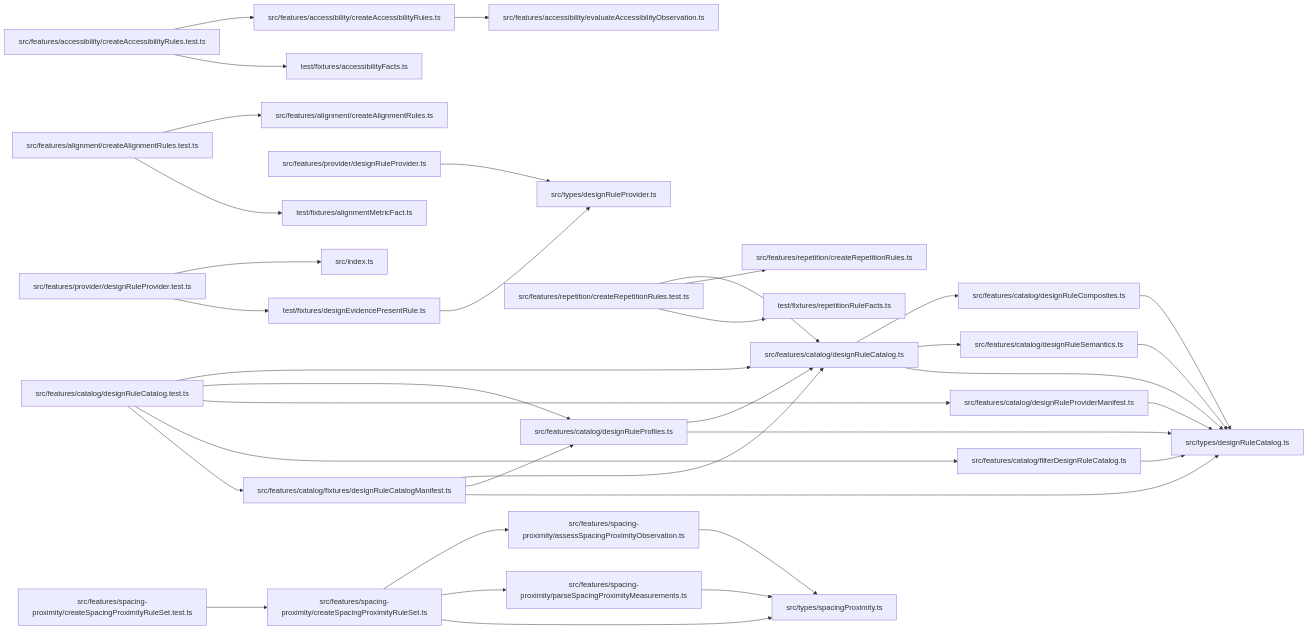
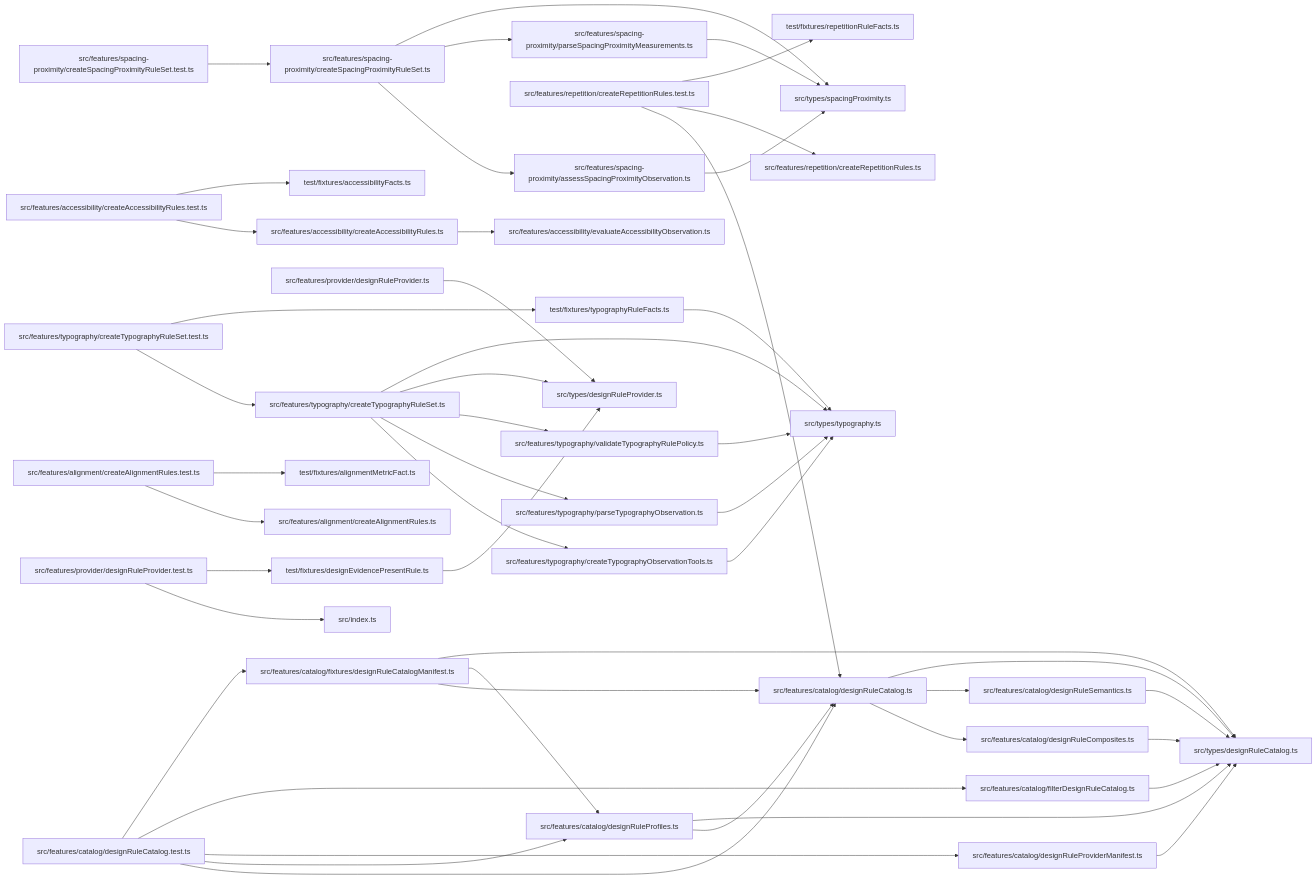
Before and after one commit to ankhorage/rules-design: the diagram in paradox/diagrams/module-relationships.mmd, drawn with Mermaid. The commit also changed 11 other files, not shown here.

```diff
--- a/paradox/diagrams/module-relationships.mmd
+++ b/paradox/diagrams/module-relationships.mmd
@@ -1,65 +1,83 @@
 graph LR
   module_src_features_accessibility_createAccessibilityRules_test_ts["src/features/accessibility/createAccessibilityRules.test.ts"]
   module_src_features_accessibility_createAccessibilityRules_ts["src/features/accessibility/createAccessibilityRules.ts"]
   module_src_features_accessibility_evaluateAccessibilityObservation_ts["src/features/accessibility/evaluateAccessibilityObservation.ts"]
   module_src_features_alignment_createAlignmentRules_test_ts["src/features/alignment/createAlignmentRules.test.ts"]
   module_src_features_alignment_createAlignmentRules_ts["src/features/alignment/createAlignmentRules.ts"]
   module_src_features_catalog_designRuleCatalog_test_ts["src/features/catalog/designRuleCatalog.test.ts"]
   module_src_features_catalog_designRuleCatalog_ts["src/features/catalog/designRuleCatalog.ts"]
   module_src_features_catalog_designRuleComposites_ts["src/features/catalog/designRuleComposites.ts"]
   module_src_features_catalog_designRuleProfiles_ts["src/features/catalog/designRuleProfiles.ts"]
   module_src_features_catalog_designRuleProviderManifest_ts["src/features/catalog/designRuleProviderManifest.ts"]
   module_src_features_catalog_designRuleSemantics_ts["src/features/catalog/designRuleSemantics.ts"]
   module_src_features_catalog_filterDesignRuleCatalog_ts["src/features/catalog/filterDesignRuleCatalog.ts"]
   module_src_features_catalog_fixtures_designRuleCatalogManifest_ts["src/features/catalog/fixtures/designRuleCatalogManifest.ts"]
   module_src_features_provider_designRuleProvider_test_ts["src/features/provider/designRuleProvider.test.ts"]
   module_src_features_provider_designRuleProvider_ts["src/features/provider/designRuleProvider.ts"]
   module_src_features_repetition_createRepetitionRules_test_ts["src/features/repetition/createRepetitionRules.test.ts"]
   module_src_features_repetition_createRepetitionRules_ts["src/features/repetition/createRepetitionRules.ts"]
   module_src_features_spacing_proximity_assessSpacingProximityObservation_ts["src/features/spacing-proximity/assessSpacingProximityObservation.ts"]
   module_src_features_spacing_proximity_createSpacingProximityRuleSet_test_ts["src/features/spacing-proximity/createSpacingProximityRuleSet.test.ts"]
   module_src_features_spacing_proximity_createSpacingProximityRuleSet_ts["src/features/spacing-proximity/createSpacingProximityRuleSet.ts"]
   module_src_features_spacing_proximity_parseSpacingProximityMeasurements_ts["src/features/spacing-proximity/parseSpacingProximityMeasurements.ts"]
+  module_src_features_typography_createTypographyObservationTools_ts["src/features/typography/createTypographyObservationTools.ts"]
+  module_src_features_typography_createTypographyRuleSet_test_ts["src/features/typography/createTypographyRuleSet.test.ts"]
+  module_src_features_typography_createTypographyRuleSet_ts["src/features/typography/createTypographyRuleSet.ts"]
+  module_src_features_typography_parseTypographyObservation_ts["src/features/typography/parseTypographyObservation.ts"]
+  module_src_features_typography_validateTypographyRulePolicy_ts["src/features/typography/validateTypographyRulePolicy.ts"]
   module_src_index_ts["src/index.ts"]
   module_src_types_designRuleCatalog_ts["src/types/designRuleCatalog.ts"]
   module_src_types_designRuleProvider_ts["src/types/designRuleProvider.ts"]
   module_src_types_spacingProximity_ts["src/types/spacingProximity.ts"]
+  module_src_types_typography_ts["src/types/typography.ts"]
   module_test_fixtures_accessibilityFacts_ts["test/fixtures/accessibilityFacts.ts"]
   module_test_fixtures_alignmentMetricFact_ts["test/fixtures/alignmentMetricFact.ts"]
   module_test_fixtures_designEvidencePresentRule_ts["test/fixtures/designEvidencePresentRule.ts"]
   module_test_fixtures_repetitionRuleFacts_ts["test/fixtures/repetitionRuleFacts.ts"]
+  module_test_fixtures_typographyRuleFacts_ts["test/fixtures/typographyRuleFacts.ts"]
   module_src_features_accessibility_createAccessibilityRules_test_ts --> module_src_features_accessibility_createAccessibilityRules_ts
   module_src_features_accessibility_createAccessibilityRules_test_ts --> module_test_fixtures_accessibilityFacts_ts
   module_src_features_accessibility_createAccessibilityRules_ts --> module_src_features_accessibility_evaluateAccessibilityObservation_ts
   module_src_features_alignment_createAlignmentRules_test_ts --> module_src_features_alignment_createAlignmentRules_ts
   module_src_features_alignment_createAlignmentRules_test_ts --> module_test_fixtures_alignmentMetricFact_ts
   module_src_features_catalog_designRuleCatalog_test_ts --> module_src_features_catalog_designRuleCatalog_ts
   module_src_features_catalog_designRuleCatalog_test_ts --> module_src_features_catalog_designRuleProfiles_ts
   module_src_features_catalog_designRuleCatalog_test_ts --> module_src_features_catalog_designRuleProviderManifest_ts
   module_src_features_catalog_designRuleCatalog_test_ts --> module_src_features_catalog_filterDesignRuleCatalog_ts
   module_src_features_catalog_designRuleCatalog_test_ts --> module_src_features_catalog_fixtures_designRuleCatalogManifest_ts
   module_src_features_catalog_designRuleCatalog_ts --> module_src_features_catalog_designRuleComposites_ts
   module_src_features_catalog_designRuleCatalog_ts --> module_src_features_catalog_designRuleSemantics_ts
   module_src_features_catalog_designRuleCatalog_ts --> module_src_types_designRuleCatalog_ts
   module_src_features_catalog_designRuleComposites_ts --> module_src_types_designRuleCatalog_ts
   module_src_features_catalog_designRuleProfiles_ts --> module_src_features_catalog_designRuleCatalog_ts
   module_src_features_catalog_designRuleProfiles_ts --> module_src_types_designRuleCatalog_ts
   module_src_features_catalog_designRuleProviderManifest_ts --> module_src_types_designRuleCatalog_ts
   module_src_features_catalog_designRuleSemantics_ts --> module_src_types_designRuleCatalog_ts
   module_src_features_catalog_filterDesignRuleCatalog_ts --> module_src_types_designRuleCatalog_ts
   module_src_features_catalog_fixtures_designRuleCatalogManifest_ts --> module_src_features_catalog_designRuleCatalog_ts
   module_src_features_catalog_fixtures_designRuleCatalogManifest_ts --> module_src_features_catalog_designRuleProfiles_ts
   module_src_features_catalog_fixtures_designRuleCatalogManifest_ts --> module_src_types_designRuleCatalog_ts
   module_src_features_provider_designRuleProvider_test_ts --> module_src_index_ts
   module_src_features_provider_designRuleProvider_test_ts --> module_test_fixtures_designEvidencePresentRule_ts
   module_src_features_provider_designRuleProvider_ts --> module_src_types_designRuleProvider_ts
   module_src_features_repetition_createRepetitionRules_test_ts --> module_src_features_catalog_designRuleCatalog_ts
   module_src_features_repetition_createRepetitionRules_test_ts --> module_src_features_repetition_createRepetitionRules_ts
   module_src_features_repetition_createRepetitionRules_test_ts --> module_test_fixtures_repetitionRuleFacts_ts
   module_src_features_spacing_proximity_assessSpacingProximityObservation_ts --> module_src_types_spacingProximity_ts
   module_src_features_spacing_proximity_createSpacingProximityRuleSet_test_ts --> module_src_features_spacing_proximity_createSpacingProximityRuleSet_ts
   module_src_features_spacing_proximity_createSpacingProximityRuleSet_ts --> module_src_features_spacing_proximity_assessSpacingProximityObservation_ts
   module_src_features_spacing_proximity_createSpacingProximityRuleSet_ts --> module_src_features_spacing_proximity_parseSpacingProximityMeasurements_ts
   module_src_features_spacing_proximity_createSpacingProximityRuleSet_ts --> module_src_types_spacingProximity_ts
   module_src_features_spacing_proximity_parseSpacingProximityMeasurements_ts --> module_src_types_spacingProximity_ts
+  module_src_features_typography_createTypographyObservationTools_ts --> module_src_types_typography_ts
+  module_src_features_typography_createTypographyRuleSet_test_ts --> module_src_features_typography_createTypographyRuleSet_ts
+  module_src_features_typography_createTypographyRuleSet_test_ts --> module_test_fixtures_typographyRuleFacts_ts
+  module_src_features_typography_createTypographyRuleSet_ts --> module_src_features_typography_createTypographyObservationTools_ts
+  module_src_features_typography_createTypographyRuleSet_ts --> module_src_features_typography_parseTypographyObservation_ts
+  module_src_features_typography_createTypographyRuleSet_ts --> module_src_features_typography_validateTypographyRulePolicy_ts
+  module_src_features_typography_createTypographyRuleSet_ts --> module_src_types_designRuleProvider_ts
+  module_src_features_typography_createTypographyRuleSet_ts --> module_src_types_typography_ts
+  module_src_features_typography_parseTypographyObservation_ts --> module_src_types_typography_ts
+  module_src_features_typography_validateTypographyRulePolicy_ts --> module_src_types_typography_ts
   module_test_fixtures_designEvidencePresentRule_ts --> module_src_types_designRuleProvider_ts
+  module_test_fixtures_typographyRuleFacts_ts --> module_src_types_typography_ts
```
